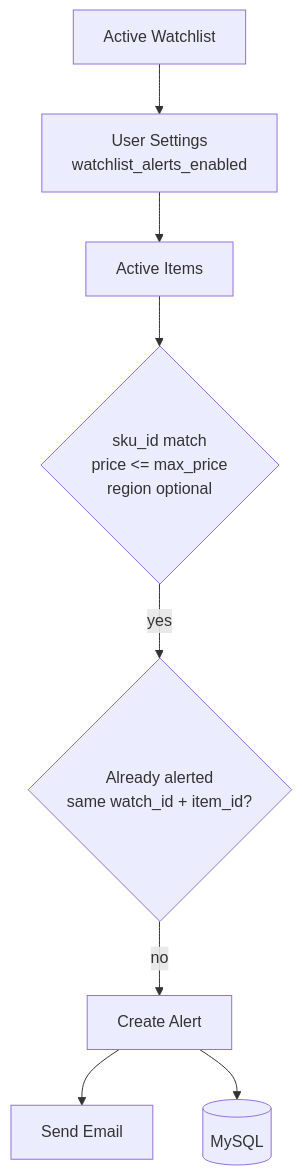
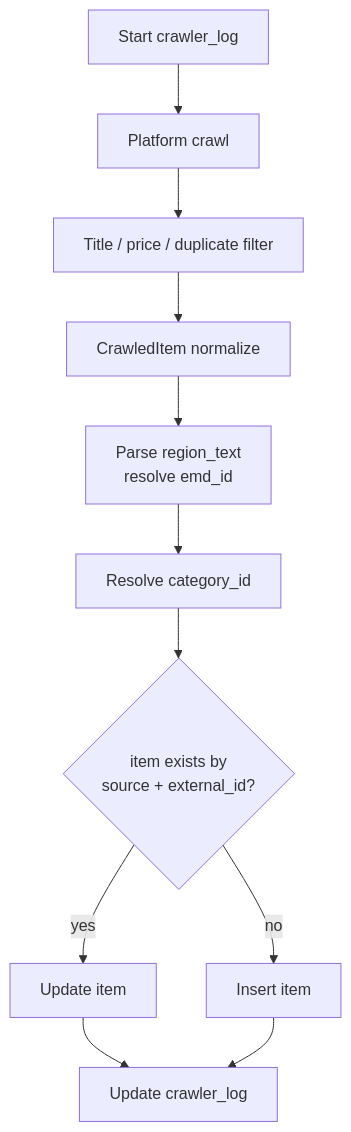
One commit to seatosky2002/HowMuchApple changed the fourth of 4 diagrams in README.md. Above: the diagram before and after it, drawn with Mermaid. The commit also changed other lines of this file, not shown here.

Commit message:
docs: refine README crawling and schema notes

````diff
--- a/README.md
+++ b/README.md
@@ -321,19 +214,17 @@
 ```mermaid
 flowchart TD
-    WL[Active Watchlist]
-    U[User Settings<br/>watchlist_alerts_enabled]
-    I[Active Items]
-    Match{sku_id match<br/>price <= max_price<br/>region optional}
-    Dup{Already alerted<br/>same watch_id + item_id?}
-    A[Create Alert]
-    E[Send Email]
-    DB[(MySQL)]
+    Start[Start crawler_log]
+    Crawl[Platform crawl]
+    Filter[Title / price / duplicate filter]
+    Normalize[CrawledItem normalize]
+    Region[Parse region_text<br/>resolve emd_id]
+    Category[Resolve category_id]
+    Upsert{item exists by<br/>source + external_id?}
+    Update[Update item]
+    Insert[Insert item]
+    Finish[Update crawler_log]
 
-    WL --> U
-    U --> I
-    I --> Match
-    Match -->|yes| Dup
-    Dup -->|no| A
-    A --> E
-    A --> DB
+    Start --> Crawl --> Filter --> Normalize --> Region --> Category --> Upsert
+    Upsert -->|yes| Update --> Finish
+    Upsert -->|no| Insert --> Finish
 ```
````
